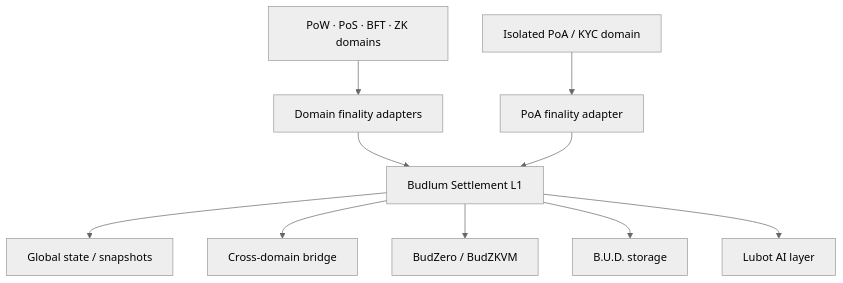
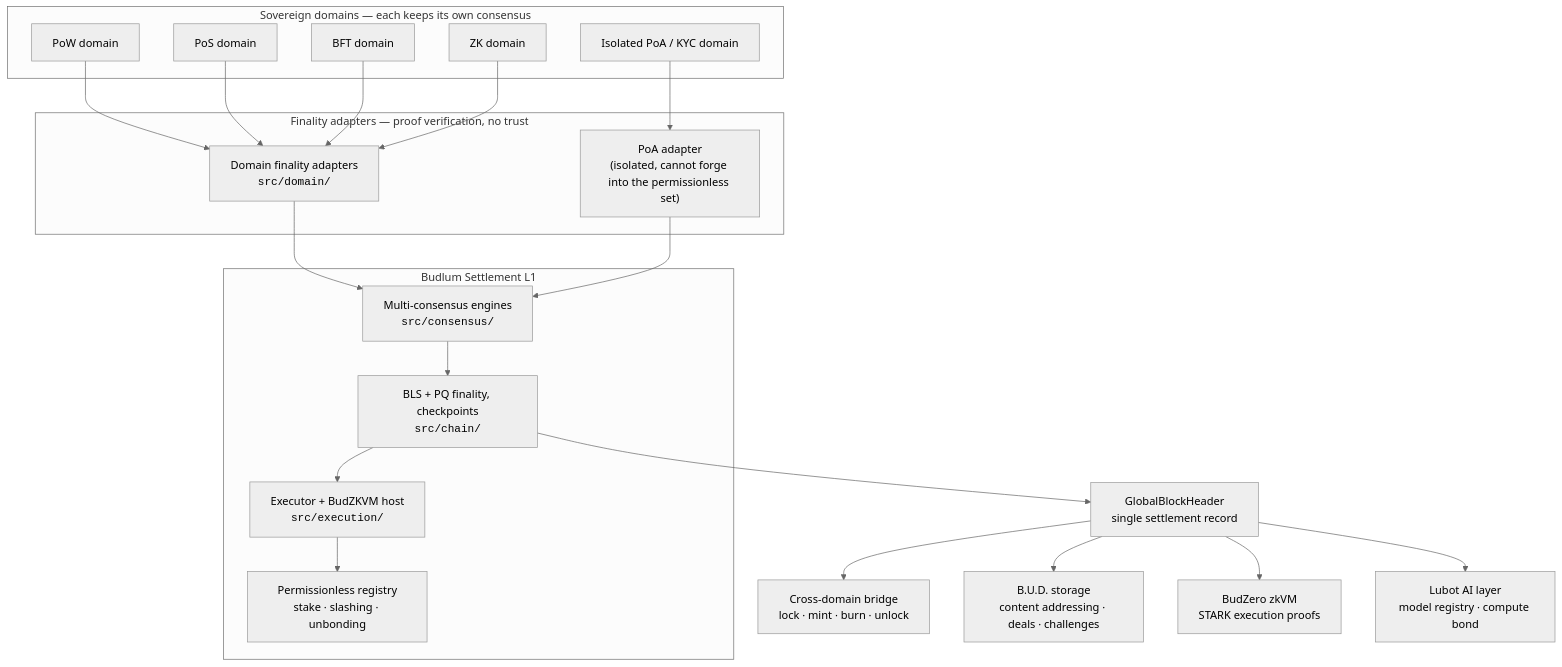
Before and after one commit to budlum-xyz/deneme: the diagram in README.md, drawn with Mermaid (neutral theme). The commit also changed other lines of this file, not shown here.

````diff
--- a/README.md
+++ b/README.md
@@ -58,12 +70,39 @@
 ```mermaid
 flowchart TB
-  Domains[PoW · PoS · BFT · ZK domains] --> Finality[Domain finality adapters]
-  PoA[Isolated PoA / KYC domain] --> PoAFinality[PoA finality adapter]
-  Finality --> L1[Budlum Settlement L1]
-  PoAFinality --> L1
-  L1 --> State[Global state / snapshots]
-  L1 --> Bridge[Cross-domain bridge]
-  L1 --> ZK[BudZero / BudZKVM]
-  L1 --> Storage[B.U.D. storage]
-  L1 --> AI[Lubot AI layer]
+  subgraph Domains["Sovereign domains — each keeps its own consensus"]
+    PoW["PoW domain"]
+    PoS["PoS domain"]
+    BFT["BFT domain"]
+    ZKD["ZK domain"]
+    PoA["Isolated PoA / KYC domain"]
+  end
+
+  subgraph Adapters["Finality adapters — proof verification, no trust"]
+    FA["Domain finality adapters<br/><code>src/domain/</code>"]
+    PA["PoA adapter<br/>(isolated, cannot forge into the permissionless set)"]
+  end
+
+  subgraph L1["Budlum Settlement L1"]
+    CONS["Multi-consensus engines<br/><code>src/consensus/</code>"]
+    FIN["BLS + PQ finality, checkpoints<br/><code>src/chain/</code>"]
+    EXEC["Executor + BudZKVM host<br/><code>src/execution/</code>"]
+    REG["Permissionless registry<br/>stake · slashing · unbonding"]
+  end
+
+  PoW --> FA
+  PoS --> FA
+  BFT --> FA
+  ZKD --> FA
+  PoA --> PA
+  FA --> CONS
+  PA --> CONS
+  CONS --> FIN
+  FIN --> EXEC
+  EXEC --> REG
+
+  FIN --> GBH["GlobalBlockHeader<br/>single settlement record"]
+  GBH --> BR["Cross-domain bridge<br/>lock · mint · burn · unlock"]
+  GBH --> ST["B.U.D. storage<br/>content addressing · deals · challenges"]
+  GBH --> ZK["BudZero zkVM<br/>STARK execution proofs"]
+  GBH --> AI["Lubot AI layer<br/>model registry · compute bond"]
 ```
````
